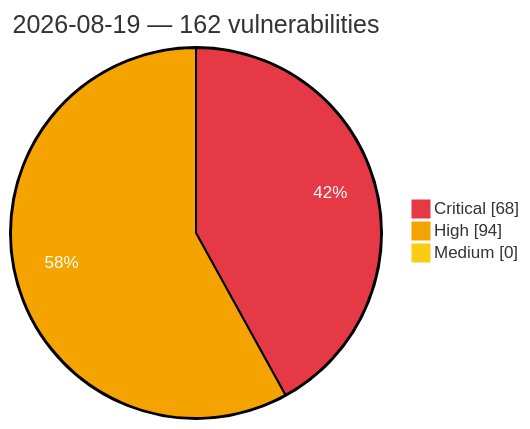
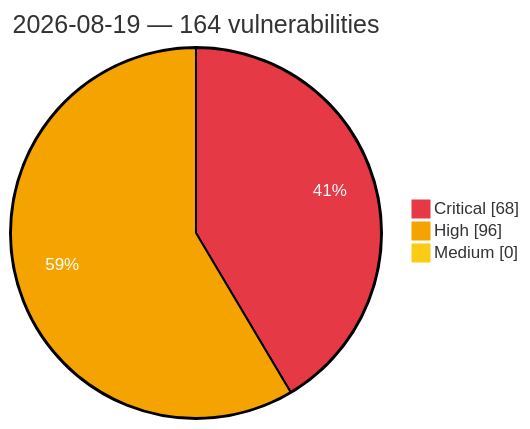
The diagram in vulnerabilities/2026/August/2026-08-19.md (GhostX0X/vuln-tracker), drawn with Mermaid before and after one commit. The commit also changed other lines of this file and 5 other files, not shown here.

````diff
--- a/vulnerabilities/2026/August/2026-08-19.md
+++ b/vulnerabilities/2026/August/2026-08-19.md
@@ -3,8 +3,8 @@
 ```mermaid
 %%{init: {'theme':'base', 'themeVariables': {'pie1':'#e63946', 'pie2':'#f4a300', 'pie3':'#facc15', 'pieOpacity':'1', 'pieOuterStrokeWidth':'2px', 'pieSectionTextColor':'#ffffff'}}}%%
 pie showData
-    title 2026-08-19 — 162 vulnerabilities
+    title 2026-08-19 — 164 vulnerabilities
     "Critical" : 68
-    "High" : 94
+    "High" : 96
     "Medium" : 0
 ```
````
